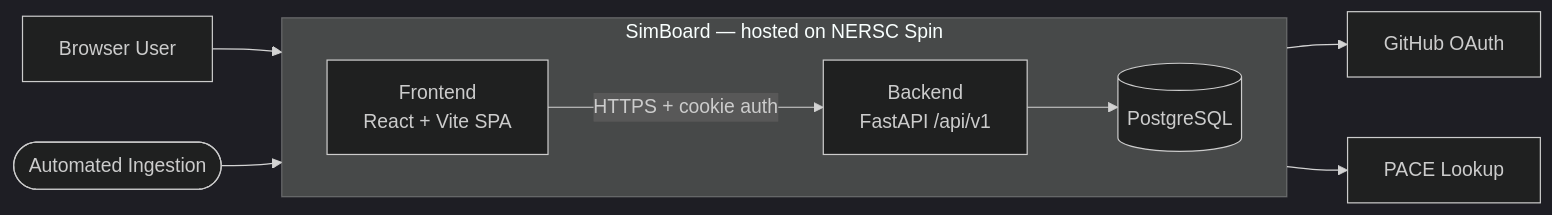
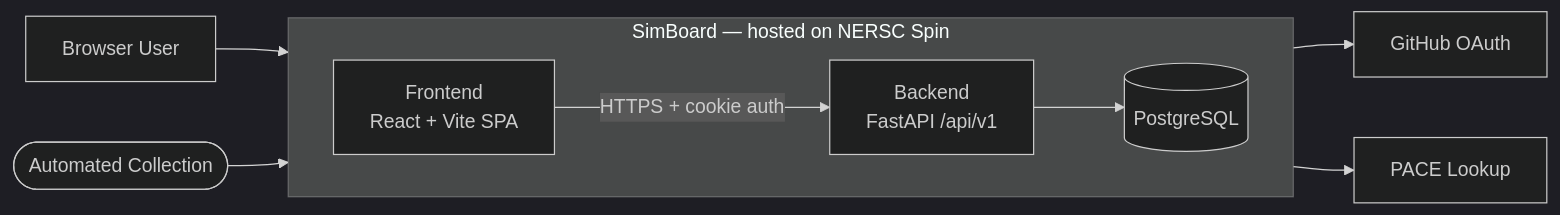
Before and after one commit to E3SM-Project/simboard: the diagram in docs/developer/README.md, drawn with Mermaid (dark theme). The commit also changed other lines of this file and 3 other files, not shown here.

````diff
--- a/docs/developer/README.md
+++ b/docs/developer/README.md
@@ -10,22 +10,22 @@
 ```mermaid
 flowchart LR
   user[Browser User]
-  ingest([Automated Ingestion])
+   ingest([Automated Collection])
 
   subgraph mono[SimBoard — hosted on NERSC Spin]
     direction LR
     fe[Frontend\nReact + Vite SPA]
     be[Backend\nFastAPI /api/v1]
     db[(PostgreSQL)]
   end
 
   gh[GitHub OAuth]
   pace[PACE Lookup]
 
   user --> fe
   fe -- HTTPS + cookie auth --> be
   ingest --> be
   be --> db
   be --> gh
   be --> pace
 ```
````
